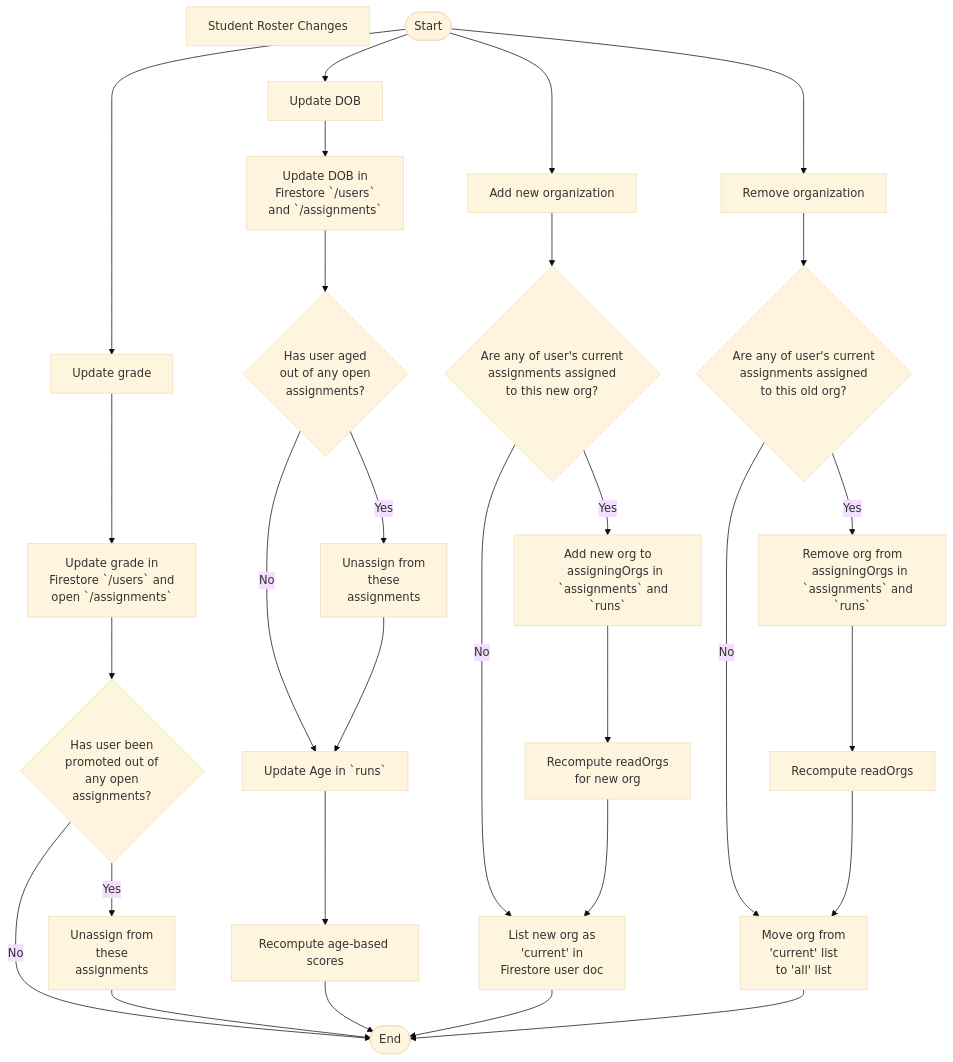
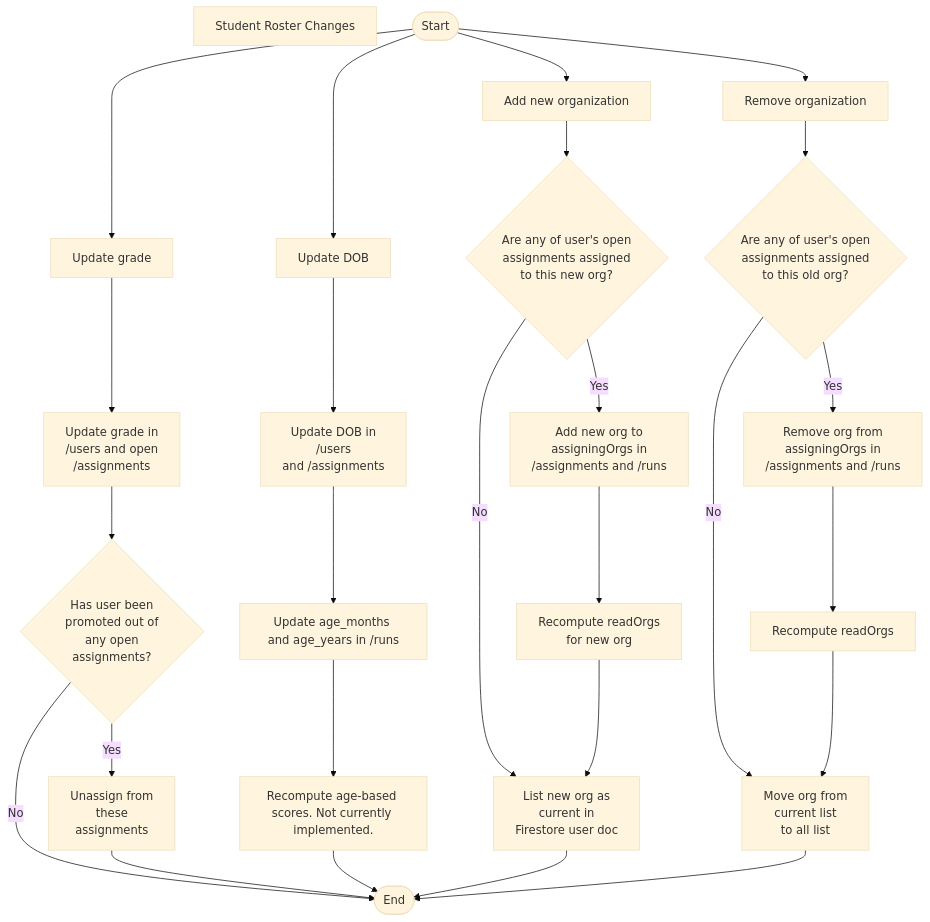
One commit to yeatmanlab/roar-docs changed the diagram in docs/developer/workflows/roster-changes.md. Above: the diagram before and after it, drawn with Mermaid (base theme). The commit also changed other lines of this file, not shown here.

Commit message:
Update rostering data change workflow

```diff
--- a/docs/developer/workflows/roster-changes.md
+++ b/docs/developer/workflows/roster-changes.md
@@ -26,8 +40,8 @@
   Start([Start]) --> Ugrade[Update grade]
   Ugrade --> UGfirestore[
     Update grade in
-    Firestore `/users` and
-    open `/assignments`
+    /users and open
+    /assignments
   ]
   UGfirestore --> GradeCheck{
     Has user been
@@ -47,43 +61,32 @@
   Start([Start]) --> Udob[Update DOB]
   Udob --> UDfirestore[
     Update DOB in
-    Firestore `/users`
-    and `/assignments`
+    /users
+    and /assignments
   ]
-  UDfirestore --> AgeCheck{
-    Has user aged
-    out of any open
-    assignments?
-  }
-  AgeCheck --> |"Yes"| UnassignD[
-    Unassign from
-    these
-    assignments
+  UDfirestore --> UpdateRunAges[
+    Update age_months and age_years in /runs
   ]
-  AgeCheck --> |"No"| UpdateRunAges[
-    Update Age in `runs`
-  ]
-  UnassignD --> UpdateRunAges
   UpdateRunAges --> RecomputeScores[
-    Recompute age-based scores
+    Recompute age-based scores. Not currently implemented.
   ]
   RecomputeScores --> End
 
   %% Add new org path
   Start --> NewOrg[Add new organization]
   NewOrg --> OrgCheck{
-    Are any of user's current
+    Are any of user's open
     assignments assigned
     to this new org?
   }
   OrgCheck --> |"Yes"| AddOrg[
     Add new org to
     assigningOrgs in
-    `assignments` and `runs`
+    /assignments and /runs
   ]
   OrgCheck --> |"No"| ListNewOrg[
     List new org as
-    'current' in
+    current in
     Firestore user doc
   ]
   AddOrg --> RecomputeNew[
@@ -96,19 +99,19 @@
   %% Add new org path
   Start --> RemoveOrg[Remove organization]
   RemoveOrg --> OldOrgCheck{
-    Are any of user's current
+    Are any of user's open
     assignments assigned
     to this old org?
   }
   OldOrgCheck --> |"Yes"| RemoveAssign[
     Remove org from
     assigningOrgs in
-    `assignments` and `runs`
+    /assignments and /runs
   ]
   OldOrgCheck --> |"No"| MoveOrg[
     Move org from
-    'current' list
-    to 'all' list
+    current list
+    to all list
   ]
   RemoveAssign --> RecomputeOld[Recompute readOrgs]
   RecomputeOld --> MoveOrg
```
